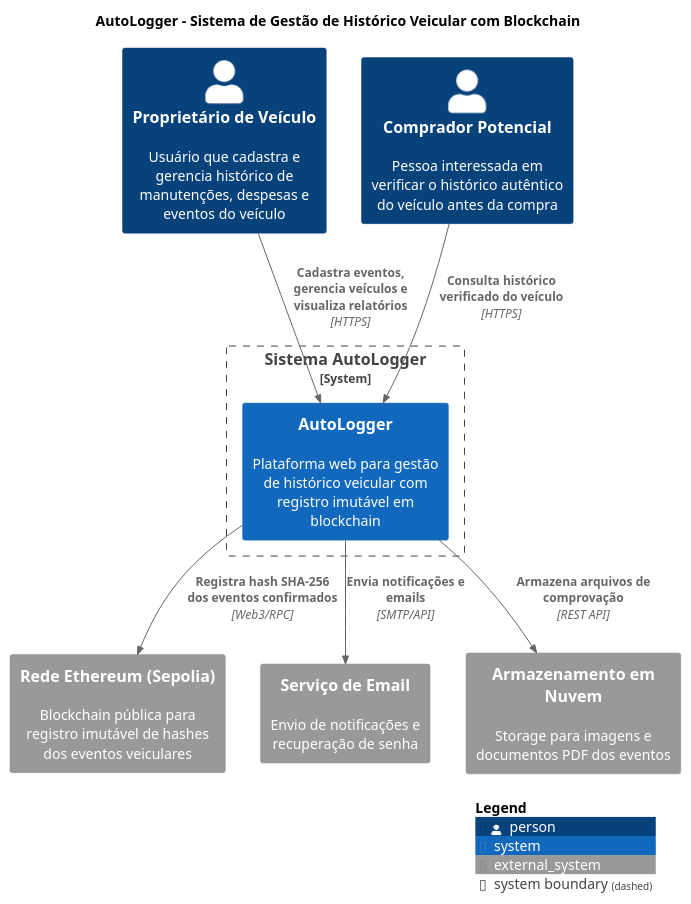
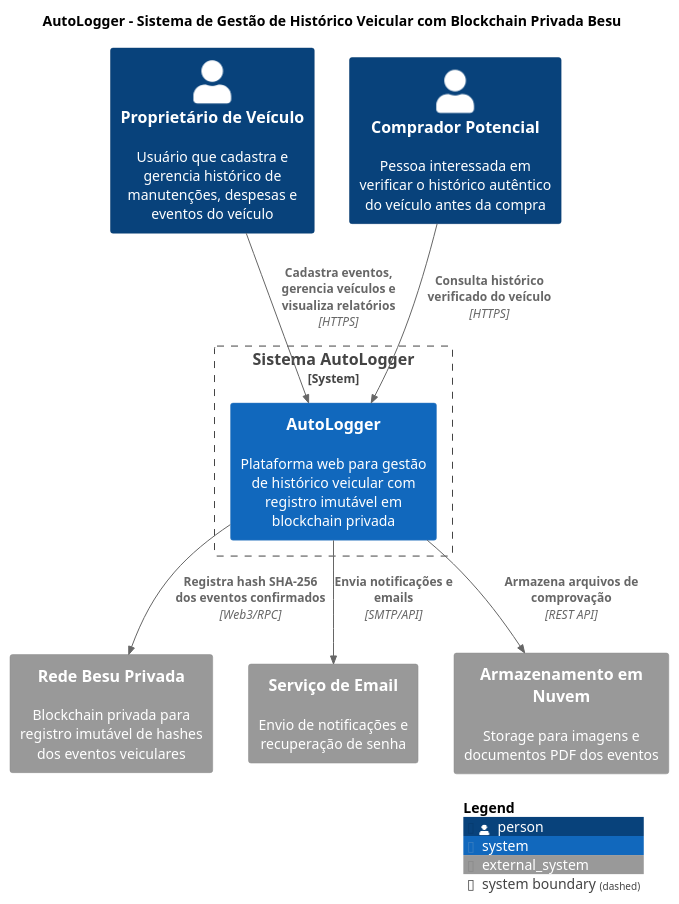
One commit to Pellegr1n1/autologger-services changed the first of 4 diagrams in docs/c4_architecture/c4_architecture.puml. Above: the diagram before and after it, drawn with PlantUML. The commit also changed other lines of this file and 35 other files, not shown here.

Commit message:
Ajustes no besu/melhoria na rede privada

```diff
--- a/docs/c4_architecture/c4_architecture.puml
+++ b/docs/c4_architecture/c4_architecture.puml
@@ -1,28 +1,28 @@
 @startuml c4_level1
 !includeurl https://raw.githubusercontent.com/plantuml-stdlib/C4-PlantUML/master/C4_Context.puml
 !includeurl https://raw.githubusercontent.com/plantuml-stdlib/C4-PlantUML/master/C4_Container.puml
 !includeurl https://raw.githubusercontent.com/plantuml-stdlib/C4-PlantUML/master/C4_Component.puml
 
-title AutoLogger - Sistema de Gestão de Histórico Veicular com Blockchain
+title AutoLogger - Sistema de Gestão de Histórico Veicular com Blockchain Privada Besu
 
 LAYOUT_TOP_DOWN()
 
 Person(owner, "Proprietário de Veículo", "Usuário que cadastra e gerencia histórico de manutenções, despesas e eventos do veículo")
 Person(buyer, "Comprador Potencial", "Pessoa interessada em verificar o histórico autêntico do veículo antes da compra")
 
 System_Boundary(autologger_system, "Sistema AutoLogger") {
-    System(autologger, "AutoLogger", "Plataforma web para gestão de histórico veicular com registro imutável em blockchain")
+    System(autologger, "AutoLogger", "Plataforma web para gestão de histórico veicular com registro imutável em blockchain privada")
 }
 
-System_Ext(ethereum, "Rede Ethereum (Sepolia)", "Blockchain pública para registro imutável de hashes dos eventos veiculares")
+System_Ext(besu_network, "Rede Besu Privada", "Blockchain privada para registro imutável de hashes dos eventos veiculares")
 System_Ext(email_service, "Serviço de Email", "Envio de notificações e recuperação de senha")
 System_Ext(cloud_storage, "Armazenamento em Nuvem", "Storage para imagens e documentos PDF dos eventos")
 
 Rel(owner, autologger, "Cadastra eventos, gerencia veículos e visualiza relatórios", "HTTPS")
 Rel(buyer, autologger, "Consulta histórico verificado do veículo", "HTTPS")
-Rel(autologger, ethereum, "Registra hash SHA-256 dos eventos confirmados", "Web3/RPC")
+Rel(autologger, besu_network, "Registra hash SHA-256 dos eventos confirmados", "Web3/RPC")
 Rel(autologger, email_service, "Envia notificações e emails", "SMTP/API")
 Rel(autologger, cloud_storage, "Armazena arquivos de comprovação", "REST API")
 
 SHOW_LEGEND()
 @enduml
```
